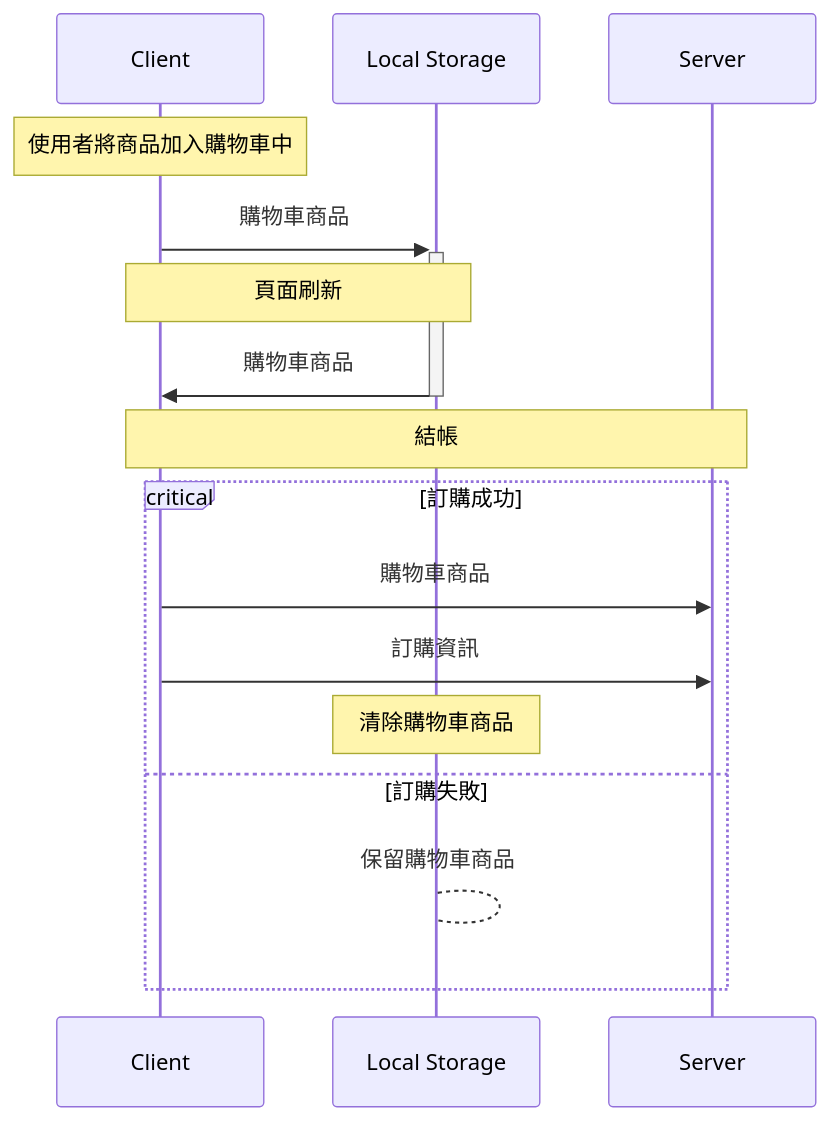
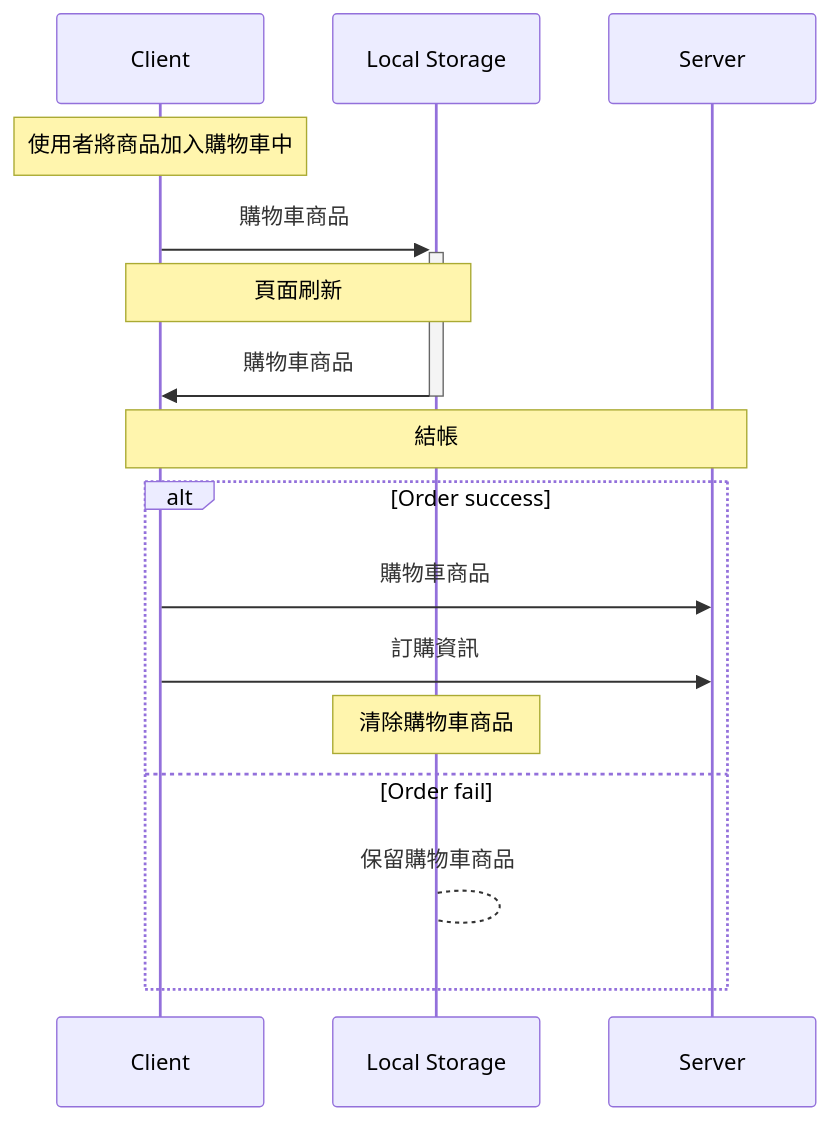
The third of 3 diagrams in README.md (ysl0628/react_shopping_project), drawn with Mermaid before and after one commit.

Commit message:
fix: README mermaid display

````diff
--- a/README.md
+++ b/README.md
@@ -74,19 +74,19 @@
 ```mermaid
-sequenceDiagram;
-    participant Client;
-    participant Local Storage;
-    participant Server;
+sequenceDiagram
+    participant Client
+    participant Local Storage
+    participant Server
 
-    Note over Client: 使用者將商品加入購物車中;
-    Client->>+Local Storage: 購物車商品;
-    Note over Client,Local Storage: 頁面刷新;
-    Local Storage->>-Client: 購物車商品;
-    Note over Client,Server: 結帳;
-    critical 訂購成功;
-    Client->>Server:購物車商品;
-    Client->>Server:訂購資訊;
-    Note over Local Storage: 清除購物車商品;
-    option 訂購失敗;
-    Local Storage-->Local Storage: 保留購物車商品;
+    Note over Client: 使用者將商品加入購物車中
+    Client->>+Local Storage: 購物車商品
+    Note over Client,Local Storage: 頁面刷新
+    Local Storage->>-Client: 購物車商品
+    Note over Client,Server: 結帳
+    alt Order success
+        Client->>Server: 購物車商品
+        Client->>Server: 訂購資訊
+        Note over Local Storage: 清除購物車商品
+    else Order fail
+        Local Storage-->Local Storage: 保留購物車商品
     end
 ```
````
